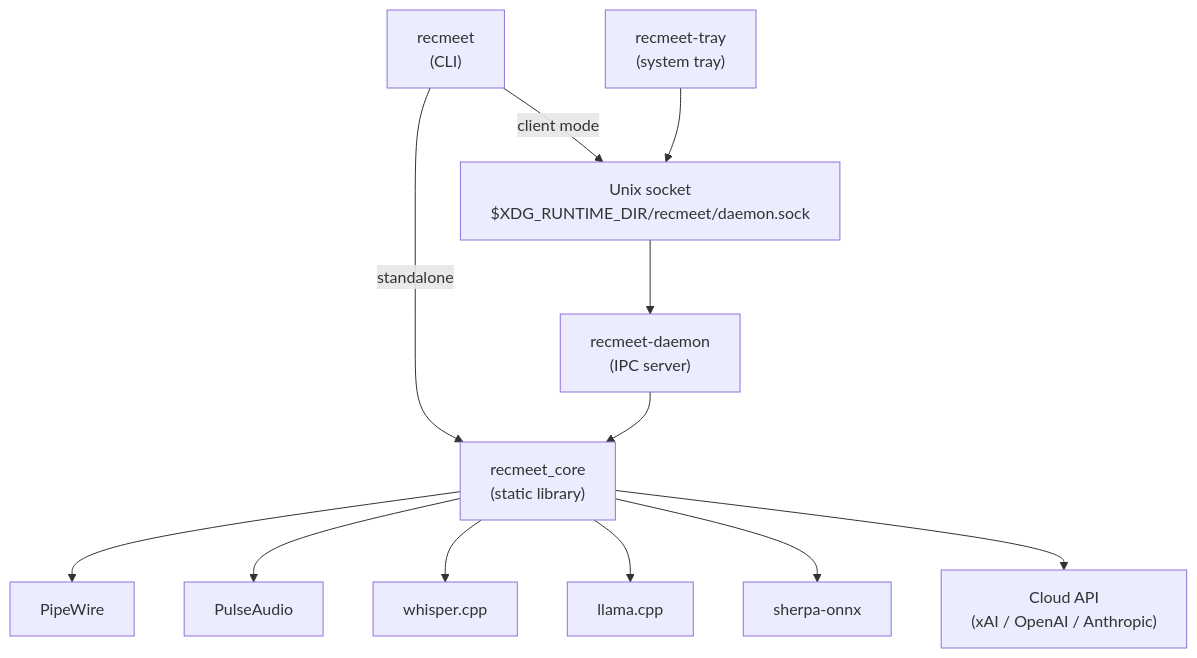
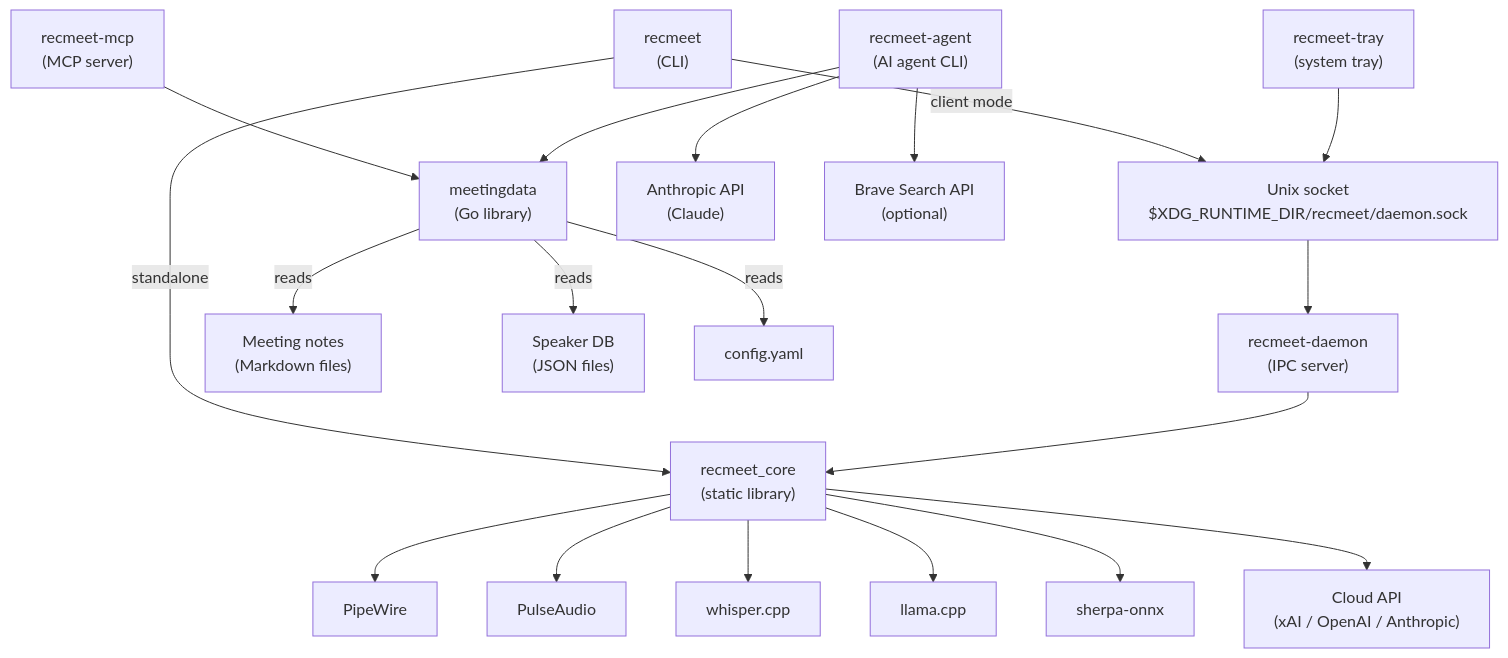
Before and after one commit to suykerbuyk/recmeet: the first of 14 diagrams in docs/ARCHITECTURE.md, drawn with Mermaid. The commit also changed other lines of this file and 2 other files, not shown here.

First line of the commit message:
docs: add MCP server and AI agent to README, QUICKSTART, ARCHITECTURE

````diff
--- a/docs/ARCHITECTURE.md
+++ b/docs/ARCHITECTURE.md
@@ -11,21 +11,32 @@
 ```mermaid
 graph TD
     CLI["recmeet<br/>(CLI)"]
     DAEMON["recmeet-daemon<br/>(IPC server)"]
     TRAY["recmeet-tray<br/>(system tray)"]
     CORE["recmeet_core<br/>(static library)"]
     SOCK["Unix socket<br/>$XDG_RUNTIME_DIR/recmeet/daemon.sock"]
+    MCP["recmeet-mcp<br/>(MCP server)"]
+    AGENT["recmeet-agent<br/>(AI agent CLI)"]
+    MDATA["meetingdata<br/>(Go library)"]
 
     CLI -->|standalone| CORE
     CLI -->|client mode| SOCK
     TRAY --> SOCK
     SOCK --> DAEMON
     DAEMON --> CORE
 
     CORE --> PW["PipeWire"]
     CORE --> PA["PulseAudio"]
     CORE --> WHISPER["whisper.cpp"]
     CORE --> LLAMA["llama.cpp"]
     CORE --> SHERPA["sherpa-onnx"]
     CORE --> API["Cloud API<br/>(xAI / OpenAI / Anthropic)"]
+
+    MCP --> MDATA
+    AGENT --> MDATA
+    AGENT --> CLAUDE["Anthropic API<br/>(Claude)"]
+    AGENT --> BRAVE["Brave Search API<br/>(optional)"]
+    MDATA -->|reads| NOTES["Meeting notes<br/>(Markdown files)"]
+    MDATA -->|reads| SPKDB["Speaker DB<br/>(JSON files)"]
+    MDATA -->|reads| CFG["config.yaml"]
 ```
````
